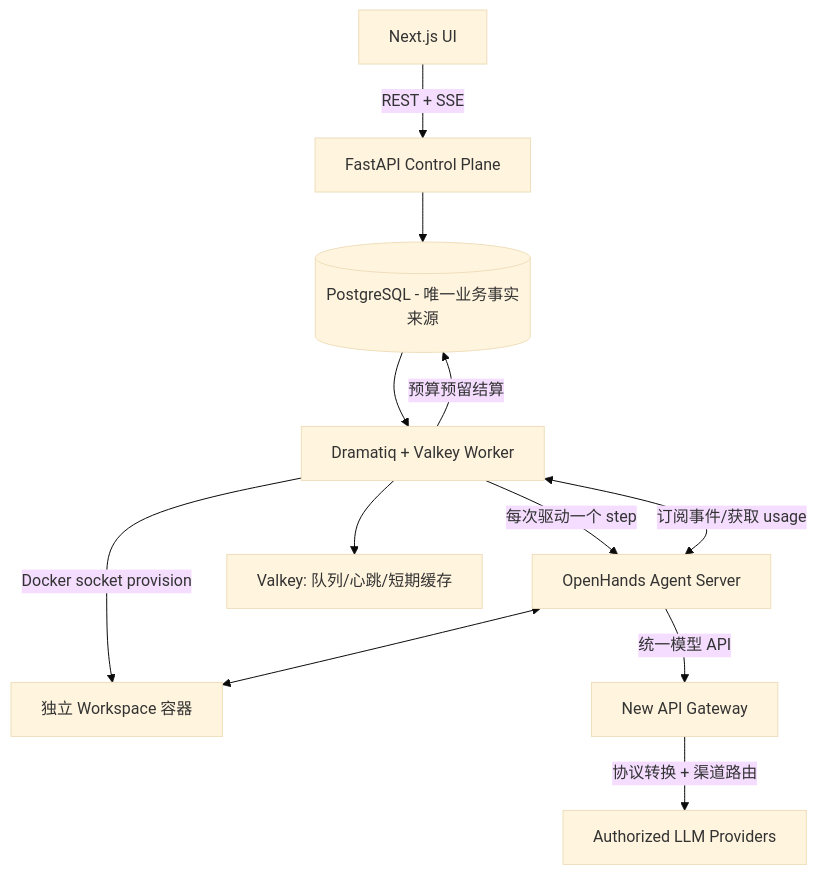
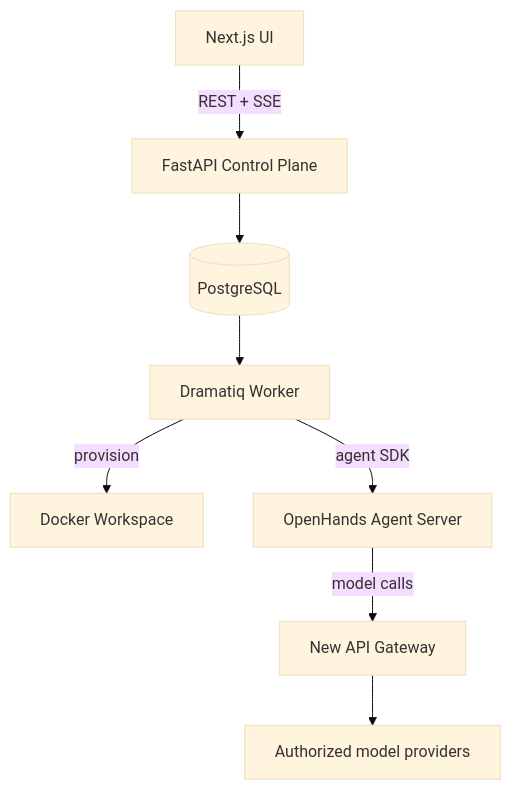
Before and after one commit to bei666qi-pan/BudgetLoop: the diagram in README.md, drawn with Mermaid (base theme). The commit also changed other lines of this file and 34 other files, not shown here.

````diff
--- a/README.md
+++ b/README.md
@@ -102,14 +77,10 @@
 ```mermaid
 graph TD
     UI[Next.js UI] -->|REST + SSE| CP[FastAPI Control Plane]
-    CP --> PG[(PostgreSQL - 唯一业务事实来源)]
-    PG --> WK[Dramatiq + Valkey Worker]
-    WK -->|每次驱动一个 step| AS[OpenHands Agent Server]
-    WK -->|Docker socket provision| WS[独立 Workspace 容器]
-    WK -->|预算预留结算| PG
-    WK <-->|订阅事件/获取 usage| AS
-    AS -->|统一模型 API| GW[New API Gateway]
-    GW -->|协议转换 + 渠道路由| LLM[Authorized LLM Providers]
-    AS <--> WS
-    WK --> VK[Valkey: 队列/心跳/短期缓存]
+    CP --> PG[(PostgreSQL)]
+    PG --> WK[Dramatiq Worker]
+    WK -->|provision| WS[Docker Workspace]
+    WK -->|agent SDK| AS[OpenHands Agent Server]
+    AS -->|model calls| GW[New API Gateway]
+    GW --> LLM[Authorized model providers]
 ```
````
